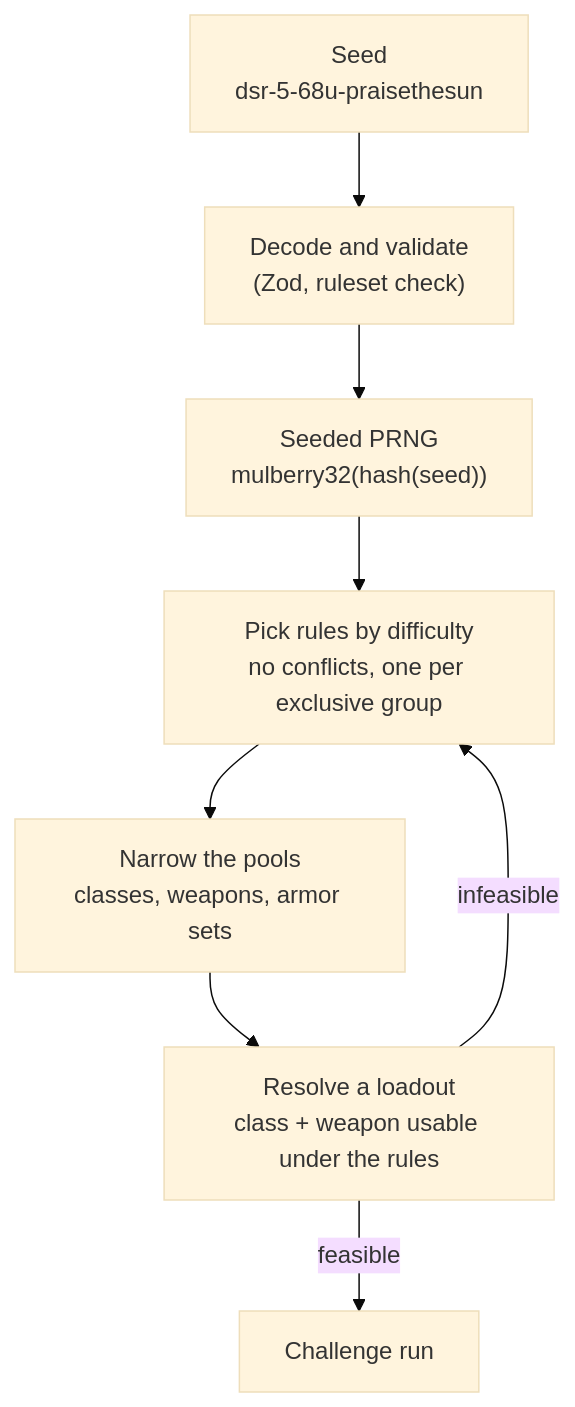
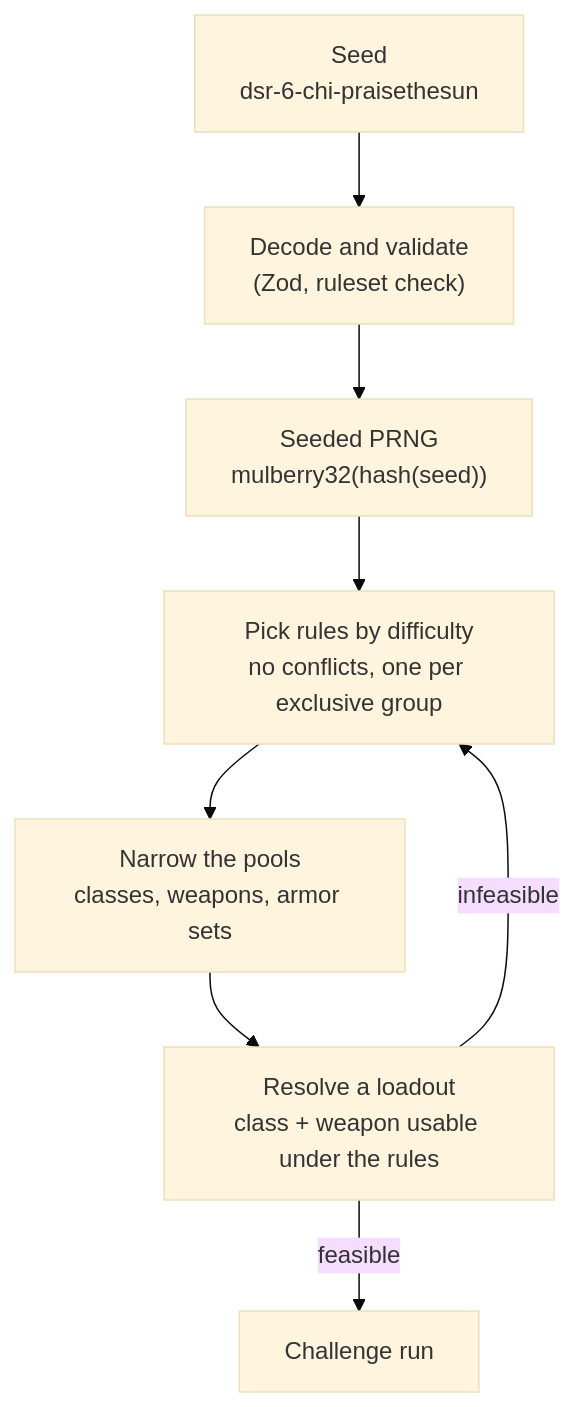
One commit to localhost-ayu/souls-challenge-generator changed the diagram in README.md. Above: the diagram before and after it, drawn with Mermaid (base theme). The commit also changed other lines of this file and 24 other files, not shown here.

````diff
--- a/README.md
+++ b/README.md
@@ -40,10 +40,10 @@
 ```mermaid
 flowchart TD
-    seed["Seed<br/>dsr-5-68u-praisethesun"] --> decode["Decode and validate<br/>(Zod, ruleset check)"]
+    seed["Seed<br/>dsr-6-chi-praisethesun"] --> decode["Decode and validate<br/>(Zod, ruleset check)"]
     decode --> rng["Seeded PRNG<br/>mulberry32(hash(seed))"]
     rng --> select["Pick rules by difficulty<br/>no conflicts, one per exclusive group"]
     select --> narrow["Narrow the pools<br/>classes, weapons, armor sets"]
     narrow --> resolve["Resolve a loadout<br/>class + weapon usable under the rules"]
     resolve -->|feasible| run["Challenge run"]
     resolve -->|infeasible| select
 ```
````
